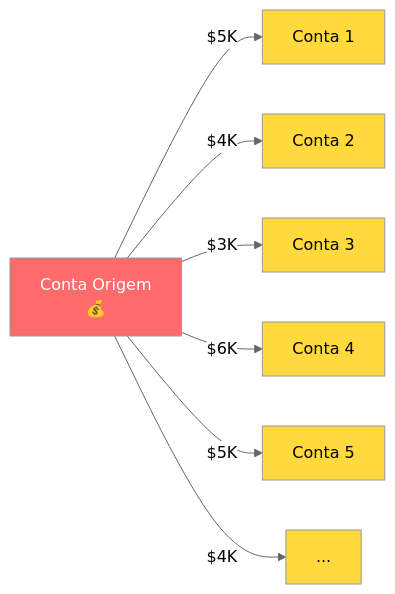
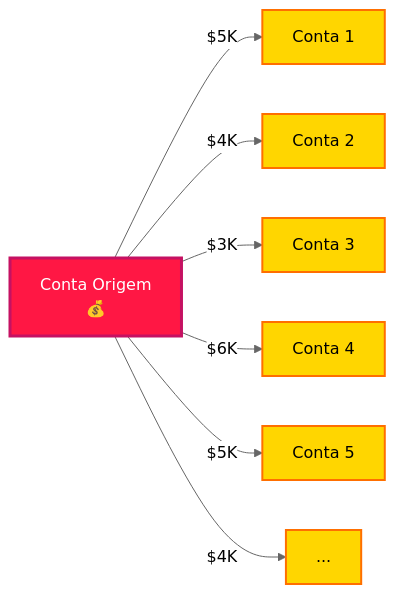
Before and after one commit to gregorizeidler/aml-graphs-detection-system: the fourth of 14 diagrams in README.md, drawn with Mermaid (neutral theme). The commit also changed other lines of this file, not shown here.

````diff
--- a/README.md
+++ b/README.md
@@ -161,17 +163,17 @@
 ```mermaid
 graph LR
     A[Conta Origem<br/>💰] -->|$5K| B[Conta 1]
     A -->|$4K| C[Conta 2]
     A -->|$3K| D[Conta 3]
     A -->|$6K| E[Conta 4]
     A -->|$5K| F[Conta 5]
     A -->|$4K| G[...]
     
-    style A fill:#ff6b6b,color:#fff
-    style B fill:#ffd93d
-    style C fill:#ffd93d
-    style D fill:#ffd93d
-    style E fill:#ffd93d
-    style F fill:#ffd93d
-    style G fill:#ffd93d
+    style A fill:#FF1744,stroke:#C51162,stroke-width:3px,color:#fff
+    style B fill:#FFD600,stroke:#FF6F00,stroke-width:2px,color:#000
+    style C fill:#FFD600,stroke:#FF6F00,stroke-width:2px,color:#000
+    style D fill:#FFD600,stroke:#FF6F00,stroke-width:2px,color:#000
+    style E fill:#FFD600,stroke:#FF6F00,stroke-width:2px,color:#000
+    style F fill:#FFD600,stroke:#FF6F00,stroke-width:2px,color:#000
+    style G fill:#FFD600,stroke:#FF6F00,stroke-width:2px,color:#000
 ```
````
